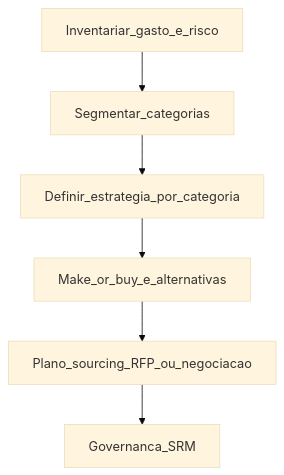
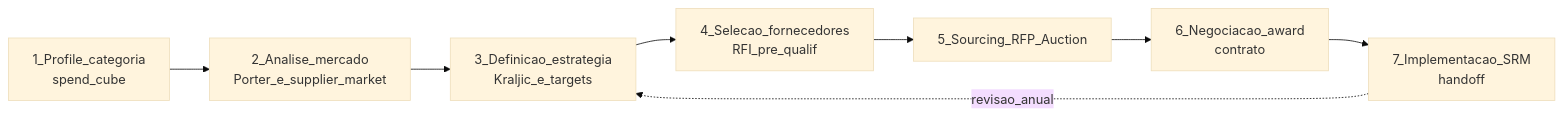
One commit to cleberhensel/logisticon-academy changed the second of 2 diagrams in aulas/trilha-logistica-estrategica/modulo-02-procurement-strategic-sourcing/aula-01-compras-transacionais-vs-estrategia-categoria.md. Above: the diagram before and after it, drawn with Mermaid (base theme). The commit also changed other lines of this file and 122 other files, not shown here.

````diff
--- a/aulas/trilha-logistica-estrategica/modulo-02-procurement-strategic-sourcing/aula-01-compras-transacionais-vs-estrategia-categoria.md
+++ b/aulas/trilha-logistica-estrategica/modulo-02-procurement-strategic-sourcing/aula-01-compras-transacionais-vs-estrategia-categoria.md
@@ -46,10 +203,12 @@
 ```mermaid
-flowchart TD
-  A[Inventariar_gasto_e_risco]
-  B[Segmentar_categorias]
-  C[Definir_estrategia_por_categoria]
-  D[Make_or_buy_e_alternativas]
-  E[Plano_sourcing_RFP_ou_negociacao]
-  F[Governanca_SRM]
-  A --> B --> C --> D --> E --> F
+flowchart LR
+  S1[1_Profile_categoria<br/>spend_cube]
+  S2[2_Analise_mercado<br/>Porter_e_supplier_market]
+  S3[3_Definicao_estrategia<br/>Kraljic_e_targets]
+  S4[4_Selecao_fornecedores<br/>RFI_pre_qualif]
+  S5[5_Sourcing_RFP_Auction]
+  S6[6_Negociacao_award<br/>contrato]
+  S7[7_Implementacao_SRM<br/>handoff]
+  S1 --> S2 --> S3 --> S4 --> S5 --> S6 --> S7
+  S7 -.revisao_anual.-> S3
 ```
````
